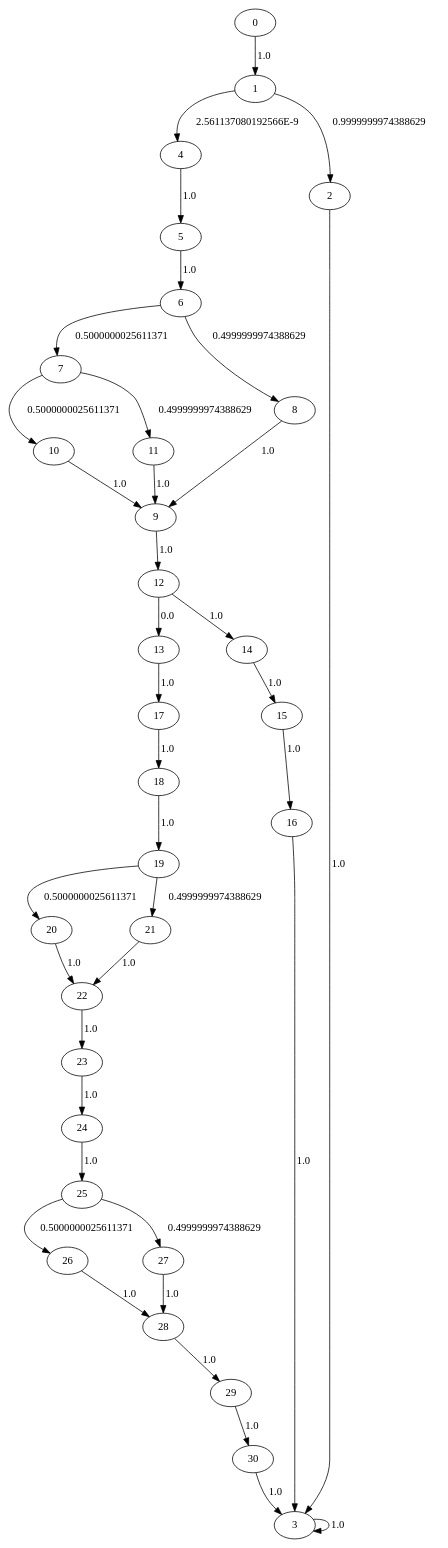
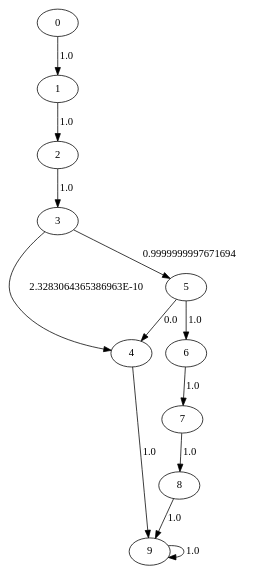
The diagram in LMain_test.dot (seemantasaha/DependencyAnalysis), drawn with Graphviz before and after one commit. The commit also changed 44 other files, not shown here.

```diff
--- a/LMain_test.dot
+++ b/LMain_test.dot
@@ -1,39 +1,14 @@
 digraph {
-	22 -> 23[label= "1.0"];
-	23 -> 24[label= "1.0"];
-	24 -> 25[label= "1.0"];
-	25 -> 26[label= "0.5000000025611371"];
-	25 -> 27[label= "0.4999999974388629"];
-	26 -> 28[label= "1.0"];
-	27 -> 28[label= "1.0"];
-	28 -> 29[label= "1.0"];
-	29 -> 30[label= "1.0"];
-	30 -> 3[label= "1.0"];
-	10 -> 9[label= "1.0"];
-	11 -> 9[label= "1.0"];
-	12 -> 13[label= "0.0"];
-	12 -> 14[label= "1.0"];
-	13 -> 17[label= "1.0"];
-	14 -> 15[label= "1.0"];
-	15 -> 16[label= "1.0"];
-	16 -> 3[label= "1.0"];
-	17 -> 18[label= "1.0"];
-	18 -> 19[label= "1.0"];
-	19 -> 20[label= "0.5000000025611371"];
-	19 -> 21[label= "0.4999999974388629"];
 	0 -> 1[label= "1.0"];
-	1 -> 4[label= "2.561137080192566E-9"];
-	1 -> 2[label= "0.9999999974388629"];
+	1 -> 2[label= "1.0"];
 	2 -> 3[label= "1.0"];
-	3 -> 3[label= "1.0"];
-	4 -> 5[label= "1.0"];
+	3 -> 4[label= "2.3283064365386963E-10"];
+	3 -> 5[label= "0.9999999997671694"];
+	4 -> 9[label= "1.0"];
+	5 -> 4[label= "0.0"];
 	5 -> 6[label= "1.0"];
-	6 -> 7[label= "0.5000000025611371"];
-	6 -> 8[label= "0.4999999974388629"];
-	7 -> 10[label= "0.5000000025611371"];
-	7 -> 11[label= "0.4999999974388629"];
+	6 -> 7[label= "1.0"];
+	7 -> 8[label= "1.0"];
 	8 -> 9[label= "1.0"];
-	9 -> 12[label= "1.0"];
-	20 -> 22[label= "1.0"];
-	21 -> 22[label= "1.0"];
+	9 -> 9[label= "1.0"];
 }
```
